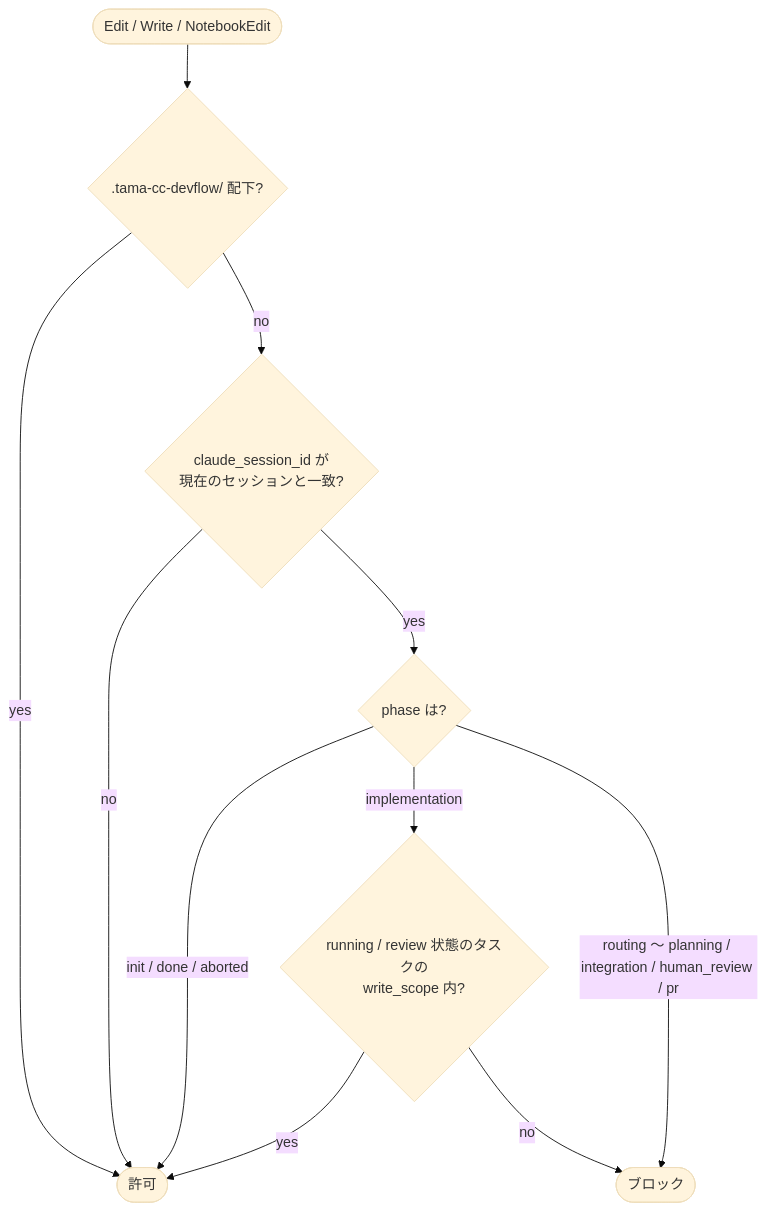
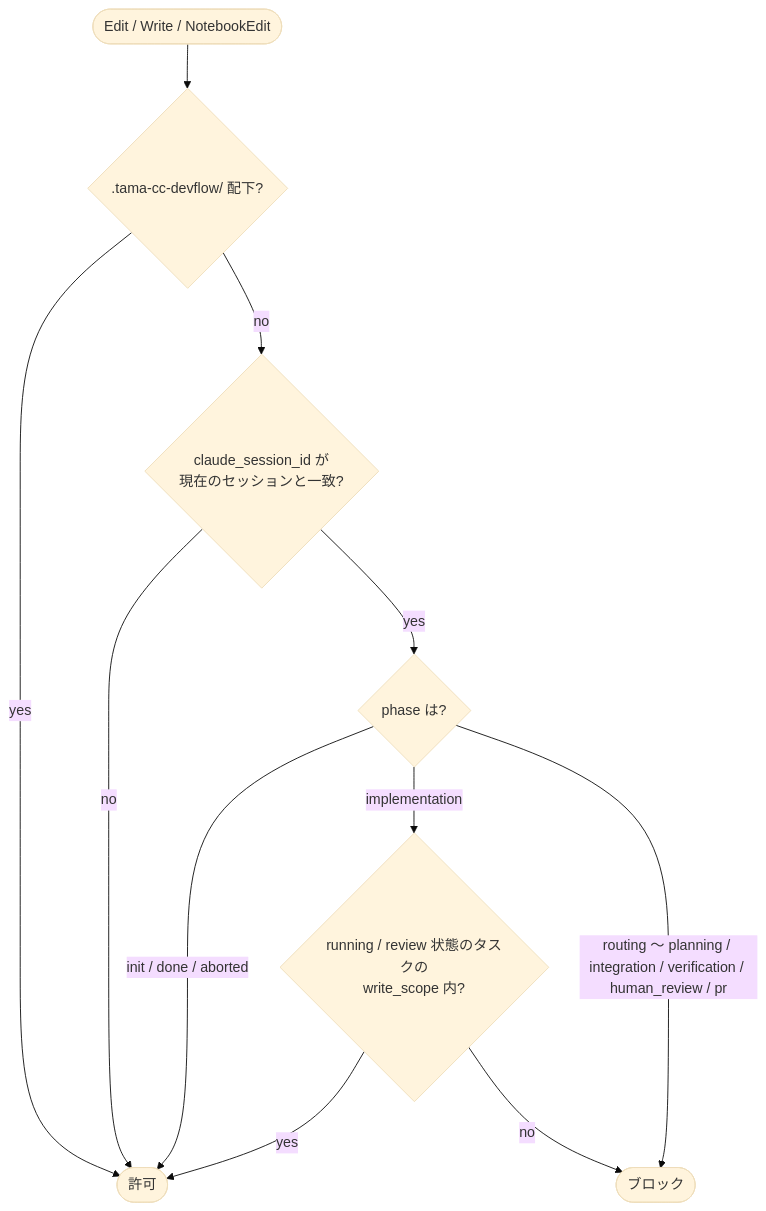
The tenth of 12 diagrams in docs/tama-cc-devflow.md (tamashiro-syuta/tama-cc-kit), drawn with Mermaid (base theme) before and after one commit. The commit also changed other lines of this file and 17 other files, not shown here.

````diff
--- a/docs/tama-cc-devflow.md
+++ b/docs/tama-cc-devflow.md
@@ -493,21 +532,21 @@
 ```mermaid
 flowchart TD
     start([Edit / Write / NotebookEdit])
     q0{".tama-cc-devflow/ 配下?"}
     q1{"claude_session_id が<br/>現在のセッションと一致?"}
     q2{phase は?}
     q3{"running / review 状態のタスクの<br/>write_scope 内?"}
     allow([許可])
     deny([ブロック])
 
     start --> q0
     q0 -- yes --> allow
     q0 -- no --> q1
     q1 -- no --> allow
     q1 -- yes --> q2
     q2 -- "init / done / aborted" --> allow
     q2 -- implementation --> q3
-    q2 -- "routing 〜 planning / integration / human_review / pr" --> deny
+    q2 -- "routing 〜 planning / integration / verification / human_review / pr" --> deny
     q3 -- yes --> allow
     q3 -- no --> deny
 ```
````
